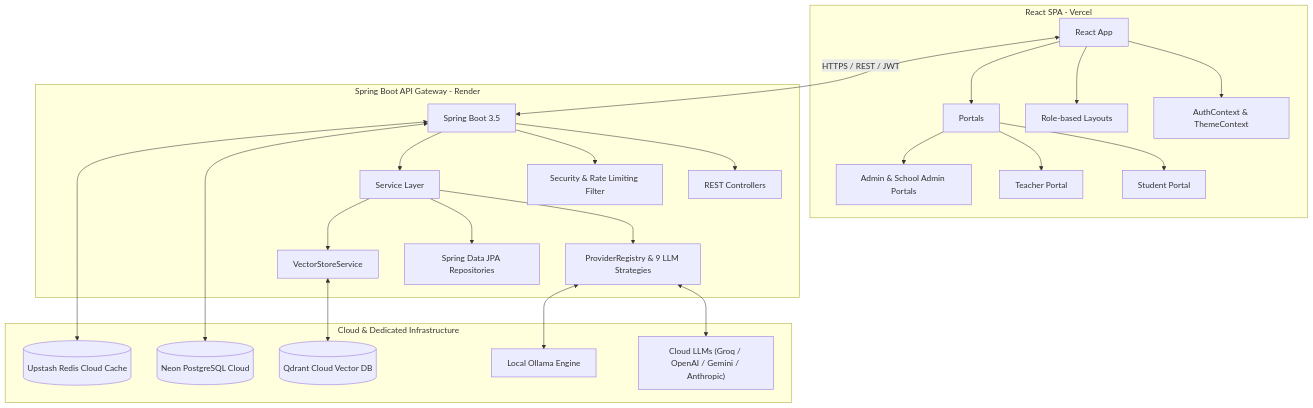
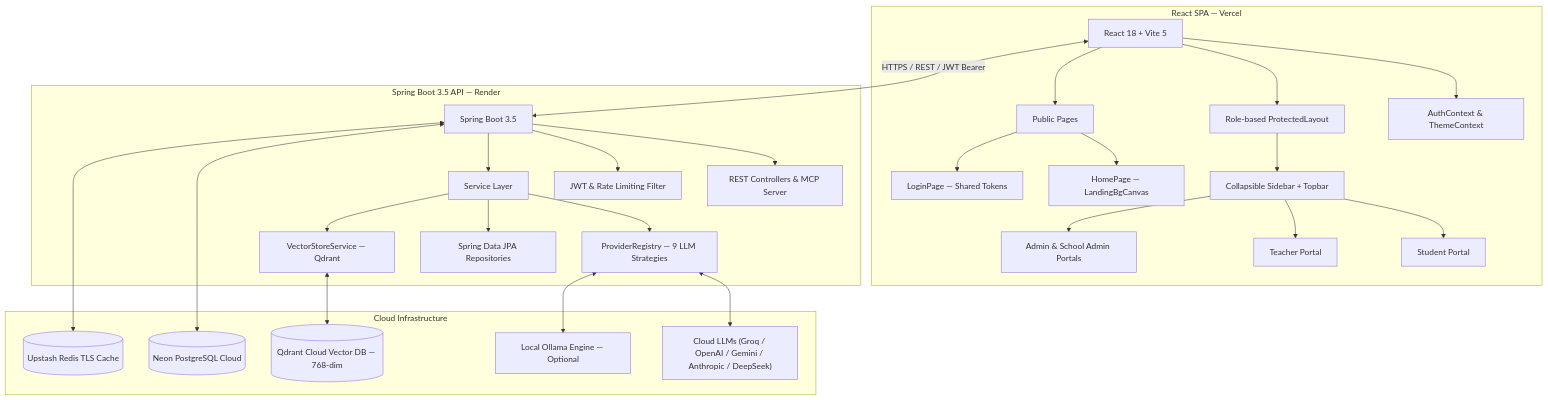
The first of 4 diagrams in Architecture.md (Dheerajdvn/AI-School-Management-System), drawn with Mermaid before and after one commit. The commit also changed other lines of this file and 84 other files, not shown here.

Commit message:
feat: add MCP server, theme enhancements, and streamlined documentation

````diff
--- a/Architecture.md
+++ b/Architecture.md
@@ -5,35 +5,38 @@
 ```mermaid
 graph TB
-    subgraph Frontend [React SPA - Vercel]
-        A[React App] --> B[AuthContext & ThemeContext]
-        A --> C[Role-based Layouts]
-        A --> D[Portals]
+    subgraph Frontend ["React SPA — Vercel"]
+        A[React 18 + Vite 5] --> B[AuthContext & ThemeContext]
+        A --> C[Role-based ProtectedLayout]
+        C --> D[Collapsible Sidebar + Topbar]
         D --> E[Student Portal]
         D --> F[Teacher Portal]
         D --> G[Admin & School Admin Portals]
+        A --> H[Public Pages]
+        H --> I[HomePage — LandingBgCanvas]
+        H --> J[LoginPage — Shared Tokens]
     end
 
-    subgraph Backend [Spring Boot API Gateway - Render]
-        H[Spring Boot 3.5] --> I[REST Controllers]
-        H --> L[Security & Rate Limiting Filter]
-        H --> J[Service Layer]
-        J --> ProviderRegistry[ProviderRegistry & 9 LLM Strategies]
-        J --> K[Spring Data JPA Repositories]
-        J --> VectorStore[VectorStoreService]
+    subgraph Backend ["Spring Boot 3.5 API — Render"]
+        K[Spring Boot 3.5] --> L[REST Controllers & MCP Server]
+        K --> M[JWT & Rate Limiting Filter]
+        K --> N[Service Layer]
+        N --> ProviderRegistry[ProviderRegistry — 9 LLM Strategies]
+        N --> O[Spring Data JPA Repositories]
+        N --> VectorStore[VectorStoreService — Qdrant]
     end
 
-    subgraph ExternalServices [Cloud & Dedicated Infrastructure]
-        N[(Neon PostgreSQL Cloud)]
-        O[(Upstash Redis Cloud Cache)]
-        P[(Qdrant Cloud Vector DB)]
-        Q["Cloud LLMs (Groq / OpenAI / Gemini / Anthropic)"]
-        R[Local Ollama Engine]
+    subgraph External ["Cloud Infrastructure"]
+        P[(Neon PostgreSQL Cloud)]
+        Q[(Upstash Redis TLS Cache)]
+        R[(Qdrant Cloud Vector DB — 768-dim)]
+        S["Cloud LLMs (Groq / OpenAI / Gemini / Anthropic / DeepSeek)"]
+        T[Local Ollama Engine — Optional]
     end
 
-    A <-->|HTTPS / REST / JWT| H
-    H <--> N
-    H <--> O
-    VectorStore <--> P
-    ProviderRegistry <--> Q
-    ProviderRegistry <--> R
+    A <-->|HTTPS / REST / JWT Bearer| K
+    K <--> P
+    K <--> Q
+    VectorStore <--> R
+    ProviderRegistry <--> S
+    ProviderRegistry <--> T
 ```
````
